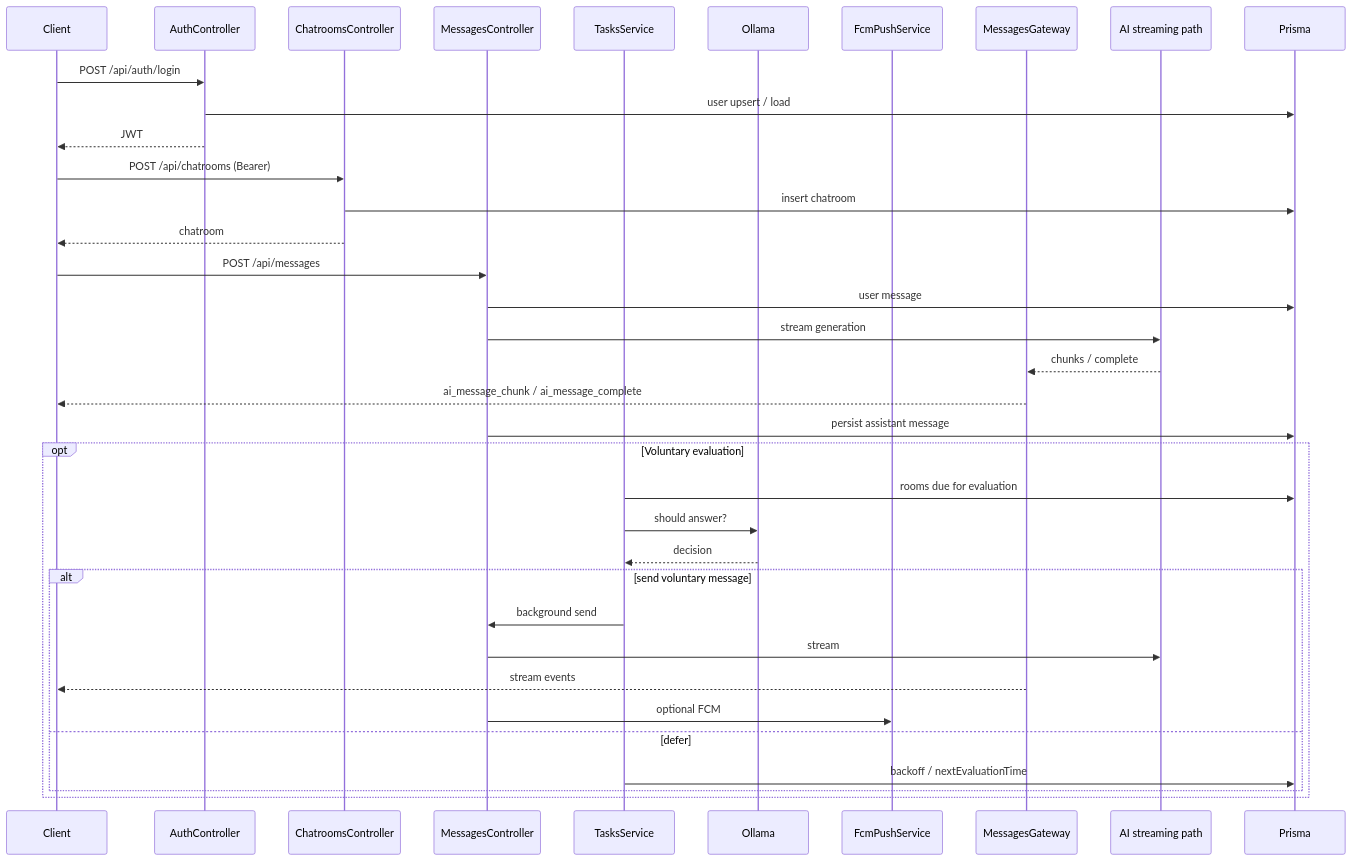
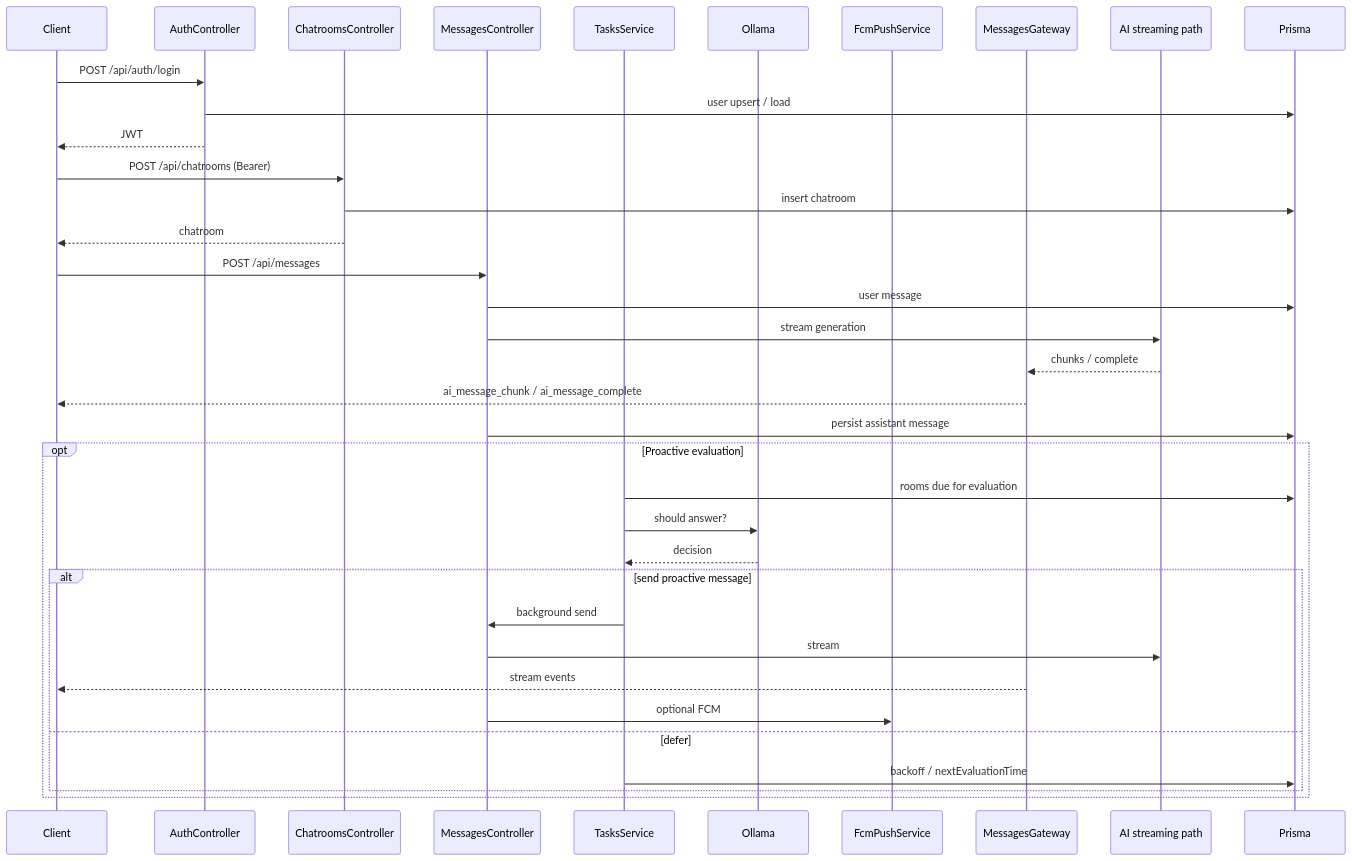
One commit to wndgur2/chatty changed the second of 2 diagrams in backend/README.md. Above: the diagram before and after it, drawn with Mermaid. The commit also changed other lines of this file and 16 other files, not shown here.

First line of the commit message:
refactor: rename voluntary AI flow to proactive

````diff
--- a/backend/README.md
+++ b/backend/README.md
@@ -163,42 +163,42 @@
 ```mermaid
 sequenceDiagram
   participant Client as Client
   participant Auth as AuthController
   participant Chatrooms as ChatroomsController
   participant Messages as MessagesController
   participant Tasks as TasksService
   participant Eval as Ollama
   participant Push as FcmPushService
   participant Gateway as MessagesGateway
   participant AI as AI streaming path
   participant DB as Prisma
 
   Client->>Auth: POST /api/auth/login
   Auth->>DB: user upsert / load
   Auth-->>Client: JWT
 
   Client->>Chatrooms: POST /api/chatrooms (Bearer)
   Chatrooms->>DB: insert chatroom
   Chatrooms-->>Client: chatroom
 
   Client->>Messages: POST /api/messages
   Messages->>DB: user message
   Messages->>AI: stream generation
   AI-->>Gateway: chunks / complete
   Gateway-->>Client: ai_message_chunk / ai_message_complete
   Messages->>DB: persist assistant message
 
-  opt Voluntary evaluation
+  opt Proactive evaluation
     Tasks->>DB: rooms due for evaluation
     Tasks->>Eval: should answer?
     Eval-->>Tasks: decision
-    alt send voluntary message
+    alt send proactive message
       Tasks->>Messages: background send
       Messages->>AI: stream
       Gateway-->>Client: stream events
       Messages->>Push: optional FCM
     else defer
       Tasks->>DB: backoff / nextEvaluationTime
     end
   end
 ```
````
